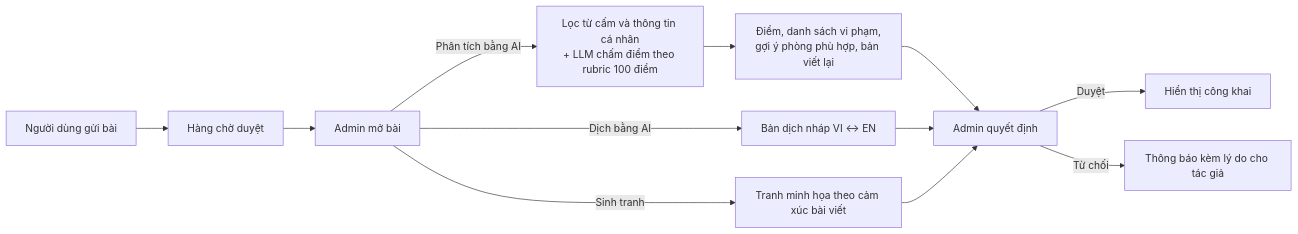
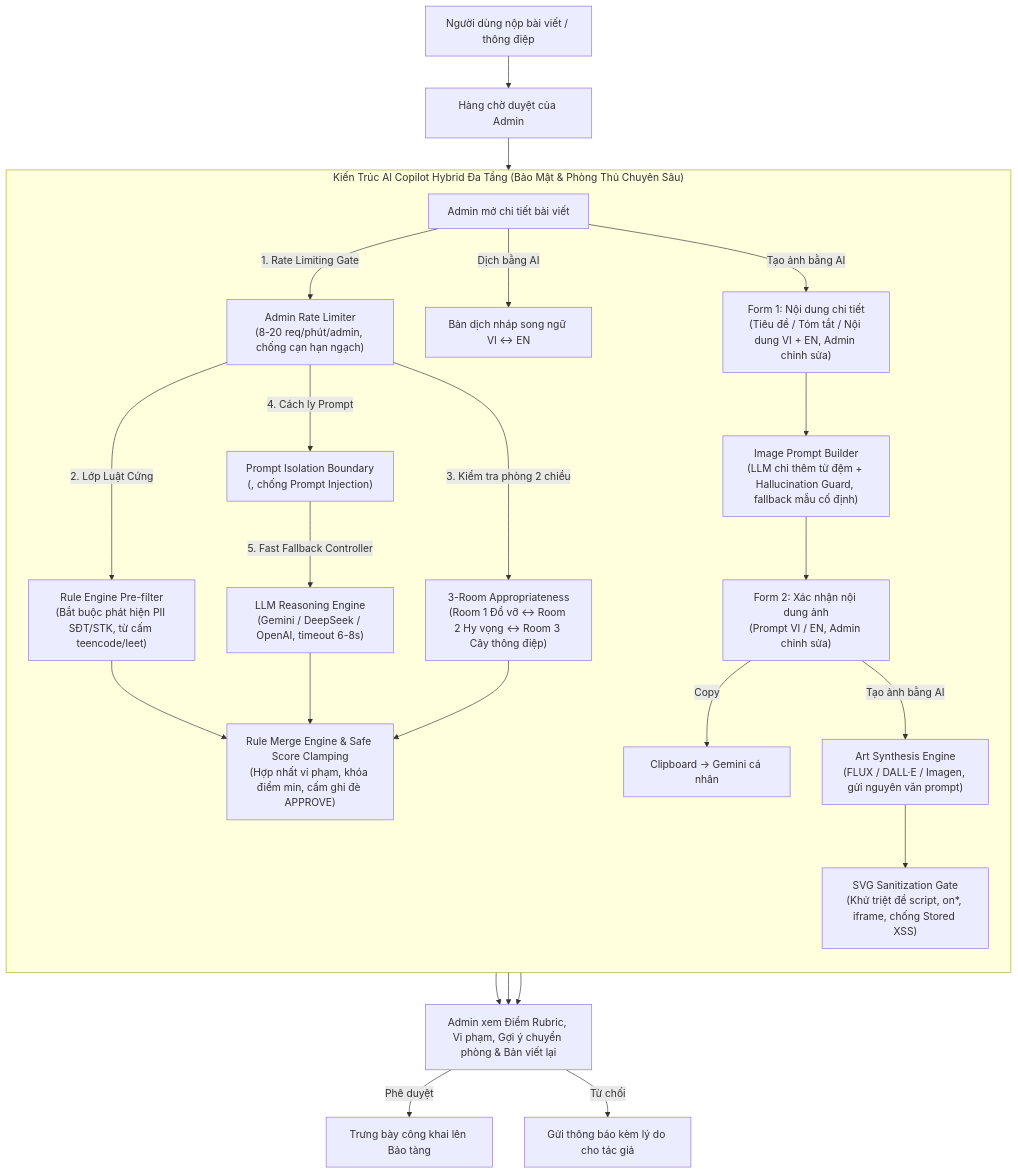
The first of 4 diagrams in README.md (Cocobaut/exhitibtion-diary-platform), drawn with Mermaid before and after one commit. The commit also changed other lines of this file and 49 other files, not shown here.

````diff
--- a/README.md
+++ b/README.md
@@ -102,14 +102,38 @@
 ```mermaid
-flowchart LR
-    A["Người dùng gửi bài"] --> B["Hàng chờ duyệt"]
-    B --> C["Admin mở bài"]
-    C -->|"Phân tích bằng AI"| D["Lọc từ cấm và thông tin cá nhân<br/>+ LLM chấm điểm theo rubric 100 điểm"]
-    D --> E["Điểm, danh sách vi phạm,<br/>gợi ý phòng phù hợp, bản viết lại"]
-    C -->|"Dịch bằng AI"| F["Bản dịch nháp VI ↔ EN"]
-    C -->|"Sinh tranh"| G["Tranh minh họa theo cảm xúc bài viết"]
-    E --> H["Admin quyết định"]
-    F --> H
-    G --> H
-    H -->|"Duyệt"| I["Hiển thị công khai"]
-    H -->|"Từ chối"| J["Thông báo kèm lý do cho tác giả"]
+flowchart TD
+    A["Người dùng nộp bài viết / thông điệp"] --> B["Hàng chờ duyệt của Admin"]
+    B --> C["Admin mở chi tiết bài viết"]
+    
+    subgraph AI_PIPELINE ["Kiến Trúc AI Copilot Hybrid Đa Tầng (Bảo Mật & Phòng Thủ Chuyên Sâu)"]
+        direction TB
+        C -->|"1. Rate Limiting Gate"| RL["Admin Rate Limiter<br/>(8-20 req/phút/admin, chống cạn hạn ngạch)"]
+        
+        RL -->|"2. Lớp Luật Cứng"| RF["Rule Engine Pre-filter<br/>(Bắt buộc phát hiện PII SĐT/STK, từ cấm teencode/leet)"]
+        
+        RL -->|"3. Kiểm tra phòng 2 chiều"| RM["3-Room Appropriateness<br/>(Room 1 Đổ vỡ ↔ Room 2 Hy vọng ↔ Room 3 Cây thông điệp)"]
+        
+        RL -->|"4. Cách ly Prompt"| PI["Prompt Isolation Boundary<br/>(<untrusted_user_content>, chống Prompt Injection)"]
+        
+        PI -->|"5. Fast Fallback Controller"| LLM["LLM Reasoning Engine<br/>(Gemini / DeepSeek / OpenAI, timeout 6-8s)"]
+        
+        RF --> MERGE["Rule Merge Engine & Safe Score Clamping<br/>(Hợp nhất vi phạm, khóa điểm min, cấm ghi đè APPROVE)"]
+        LLM --> MERGE
+        RM --> MERGE
+        
+        C -->|"Dịch bằng AI"| TRANS["Bản dịch nháp song ngữ VI ↔ EN"]
+        
+        C -->|"Tạo ảnh bằng AI"| F1["Form 1: Nội dung chi tiết<br/>(Tiêu đề / Tóm tắt / Nội dung VI + EN, Admin chỉnh sửa)"]
+        F1 --> PB["Image Prompt Builder<br/>(LLM chỉ thêm từ đệm + Hallucination Guard, fallback mẫu cố định)"]
+        PB --> F2["Form 2: Xác nhận nội dung ảnh<br/>(Prompt VI / EN, Admin chỉnh sửa)"]
+        F2 -->|"Copy"| COPY["Clipboard → Gemini cá nhân"]
+        F2 -->|"Tạo ảnh bằng AI"| ART["Art Synthesis Engine<br/>(FLUX / DALL·E / Imagen, gửi nguyên văn prompt)"]
+        ART --> SVG_GATE["SVG Sanitization Gate<br/>(Khử triệt để script, on*, iframe, chống Stored XSS)"]
+    end
+    
+    MERGE --> H["Admin xem Điểm Rubric, Vi phạm, Gợi ý chuyển phòng & Bản viết lại"]
+    TRANS --> H
+    SVG_GATE --> H
+    
+    H -->|"Phê duyệt"| I["Trưng bày công khai lên Bảo tàng"]
+    H -->|"Từ chối"| J["Gửi thông báo kèm lý do cho tác giả"]
 ```
````
